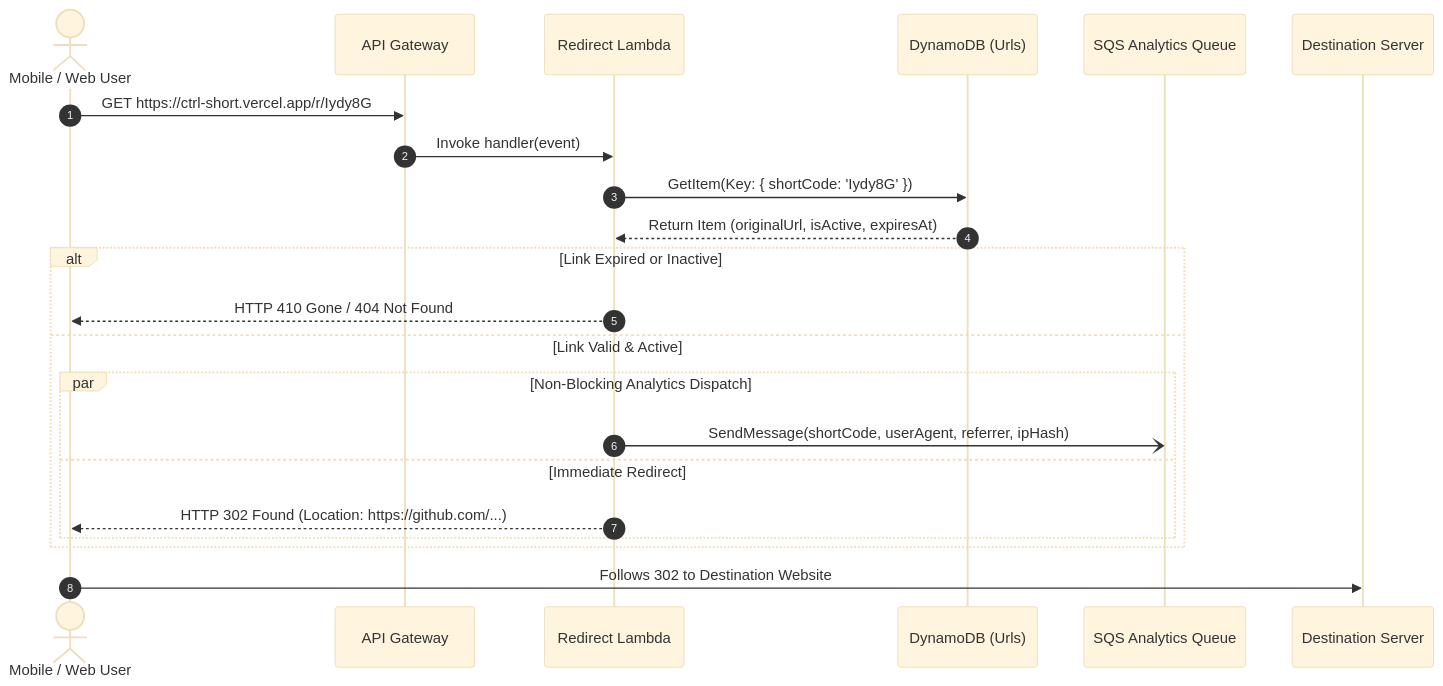
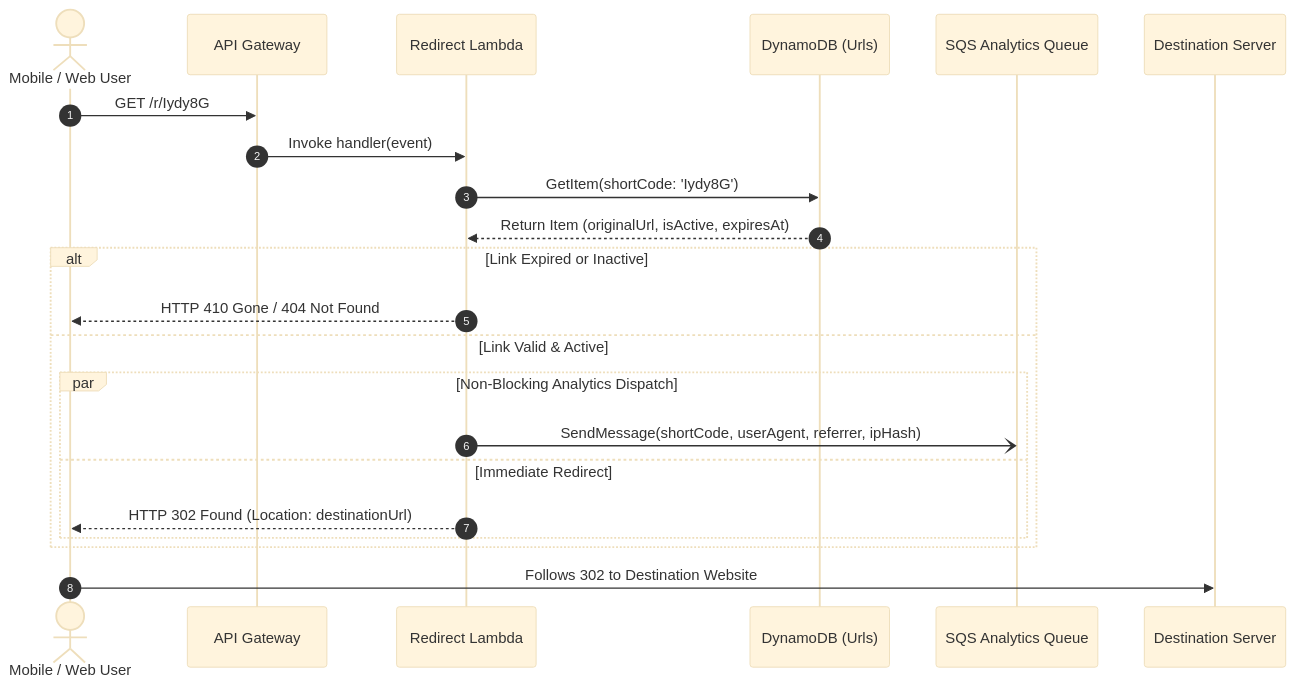
Before and after one commit to tusharkkp/Ctrl-Short: the second of 2 diagrams in README.md, drawn with Mermaid (base theme). The commit also changed other lines of this file, not shown here.

Commit message:
fix(docs): resolve GitHub Mermaid parser error by quoting route labels and using br tags

````diff
--- a/README.md
+++ b/README.md
@@ -140,27 +140,27 @@
 ```mermaid
 sequenceDiagram
     autonumber
     actor Visitor as Mobile / Web User
     participant GW as API Gateway
     participant Lambda as Redirect Lambda
     participant DDB as DynamoDB (Urls)
     participant SQS as SQS Analytics Queue
     participant Target as Destination Server
 
-    Visitor->>GW: GET https://ctrl-short.vercel.app/r/Iydy8G
+    Visitor->>GW: GET /r/Iydy8G
     GW->>Lambda: Invoke handler(event)
-    Lambda->>DDB: GetItem(Key: { shortCode: 'Iydy8G' })
+    Lambda->>DDB: GetItem(shortCode: 'Iydy8G')
     DDB-->>Lambda: Return Item (originalUrl, isActive, expiresAt)
     
     alt Link Expired or Inactive
         Lambda-->>Visitor: HTTP 410 Gone / 404 Not Found
     else Link Valid & Active
         par Non-Blocking Analytics Dispatch
             Lambda-)SQS: SendMessage(shortCode, userAgent, referrer, ipHash)
         and Immediate Redirect
-            Lambda-->>Visitor: HTTP 302 Found (Location: https://github.com/...)
+            Lambda-->>Visitor: HTTP 302 Found (Location: destinationUrl)
         end
     end
     
     Visitor->>Target: Follows 302 to Destination Website
 ```
````
